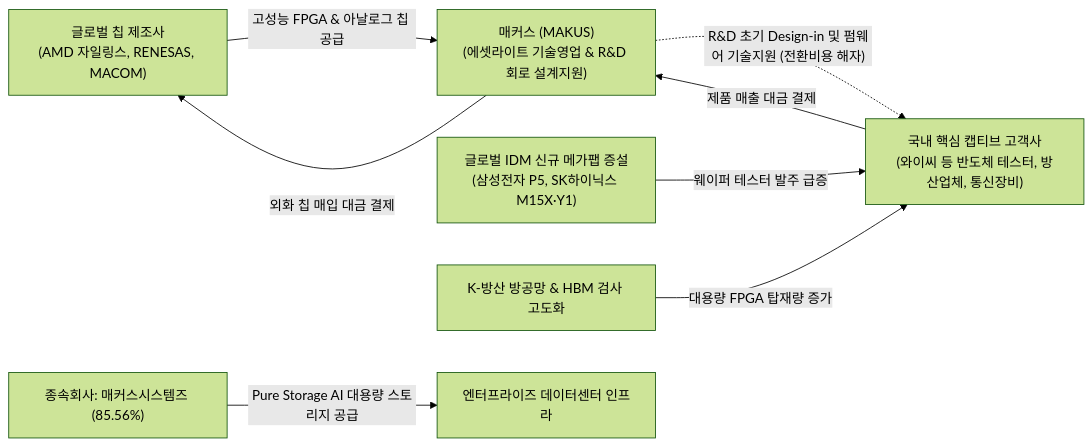
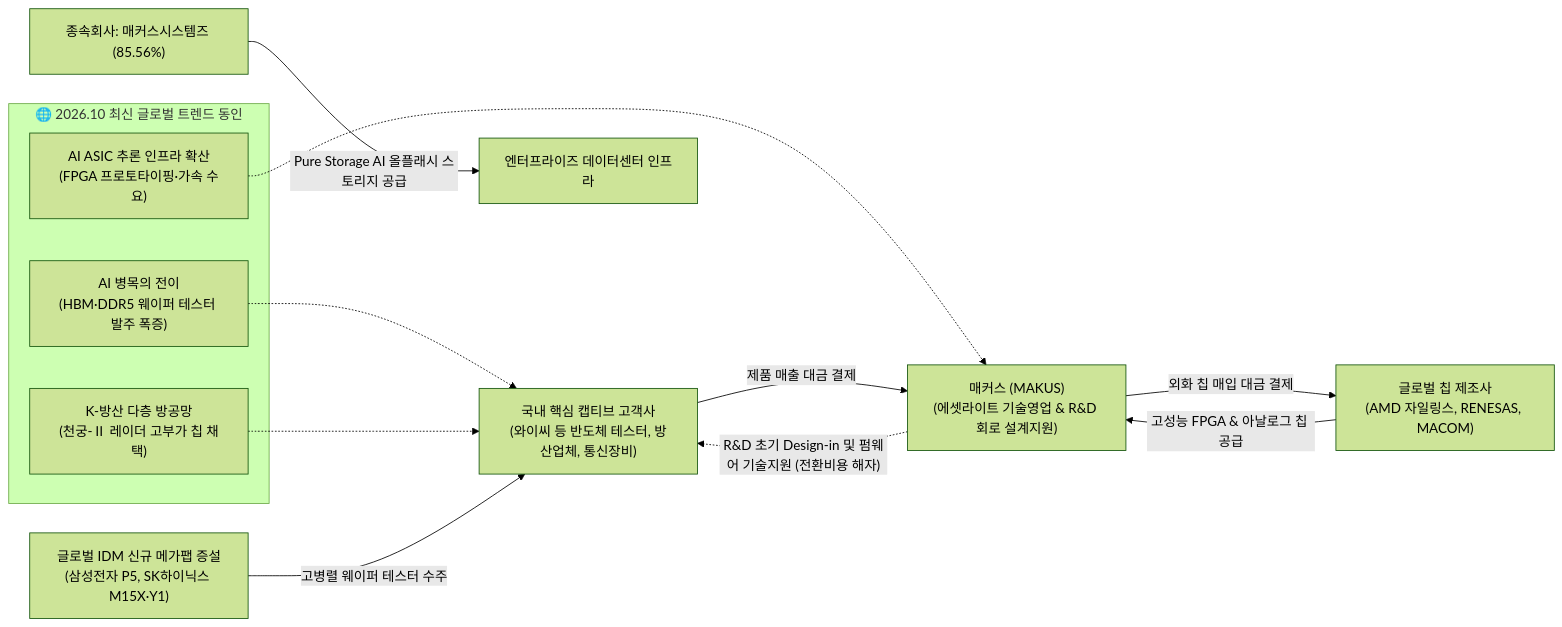
The diagram in Stock_Research/매커스/3_Final_Reports/Phase1_Report.md (eve830521-cmd/my-skill), drawn with Mermaid (forest theme) before and after one commit. The commit also changed other lines of this file and 96 other files, not shown here.

````diff
--- a/Stock_Research/매커스/3_Final_Reports/Phase1_Report.md
+++ b/Stock_Research/매커스/3_Final_Reports/Phase1_Report.md
@@ -16,10 +30,22 @@
 ```mermaid
 graph LR
+    subgraph Macro["🌐 2026.10 최신 글로벌 트렌드 동인"]
+        GT1["AI 병목의 전이<br>(HBM·DDR5 웨이퍼 테스터 발주 폭증)"]
+        GT2["AI ASIC 추론 인프라 확산<br>(FPGA 프로토타이핑·가속 수요)"]
+        GT3["K-방산 다층 방공망<br>(천궁-Ⅱ 레이더 고부가 칩 채택)"]
+    end
+
     A["글로벌 칩 제조사<br>(AMD 자일링스, RENESAS, MACOM)"] -->|"고성능 FPGA & 아날로그 칩 공급"| B["매커스 (MAKUS)<br>(에셋라이트 기술영업 & R&D 회로 설계지원)"]
+    
+    GT1 -.-> C
+    GT2 -.-> B
+    GT3 -.-> C
+
     B -. "R&D 초기 Design-in 및 펌웨어 기술지원 (전환비용 해자)" .-> C["국내 핵심 캡티브 고객사<br>(와이씨 등 반도체 테스터, 방산업체, 통신장비)"]
     C -->|"제품 매출 대금 결제"| B
     B -->|"외화 칩 매입 대금 결제"| A
-    D["글로벌 IDM 신규 메가팹 증설<br>(삼성전자 P5, SK하이닉스 M15X·Y1)"] -->|"웨이퍼 테스터 발주 급증"| C
-    E["K-방산 방공망 & HBM 검사 고도화"] -->|"대용량 FPGA 탑재량 증가"| C
-    F["종속회사: 매커스시스템즈 (85.56%)"] -->|"Pure Storage AI 대용량 스토리지 공급"| G["엔터프라이즈 데이터센터 인프라"]
+
+    D["글로벌 IDM 신규 메가팹 증설<br>(삼성전자 P5, SK하이닉스 M15X·Y1)"] -->|"고병렬 웨이퍼 테스터 수주"| C
+    
+    F["종속회사: 매커스시스템즈 (85.56%)"] -->|"Pure Storage AI 올플래시 스토리지 공급"| G["엔터프라이즈 데이터센터 인프라"]
 ```
````
